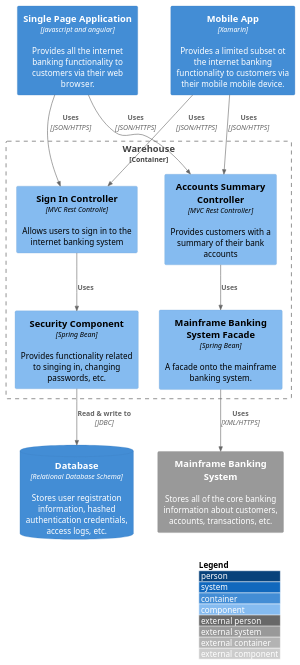
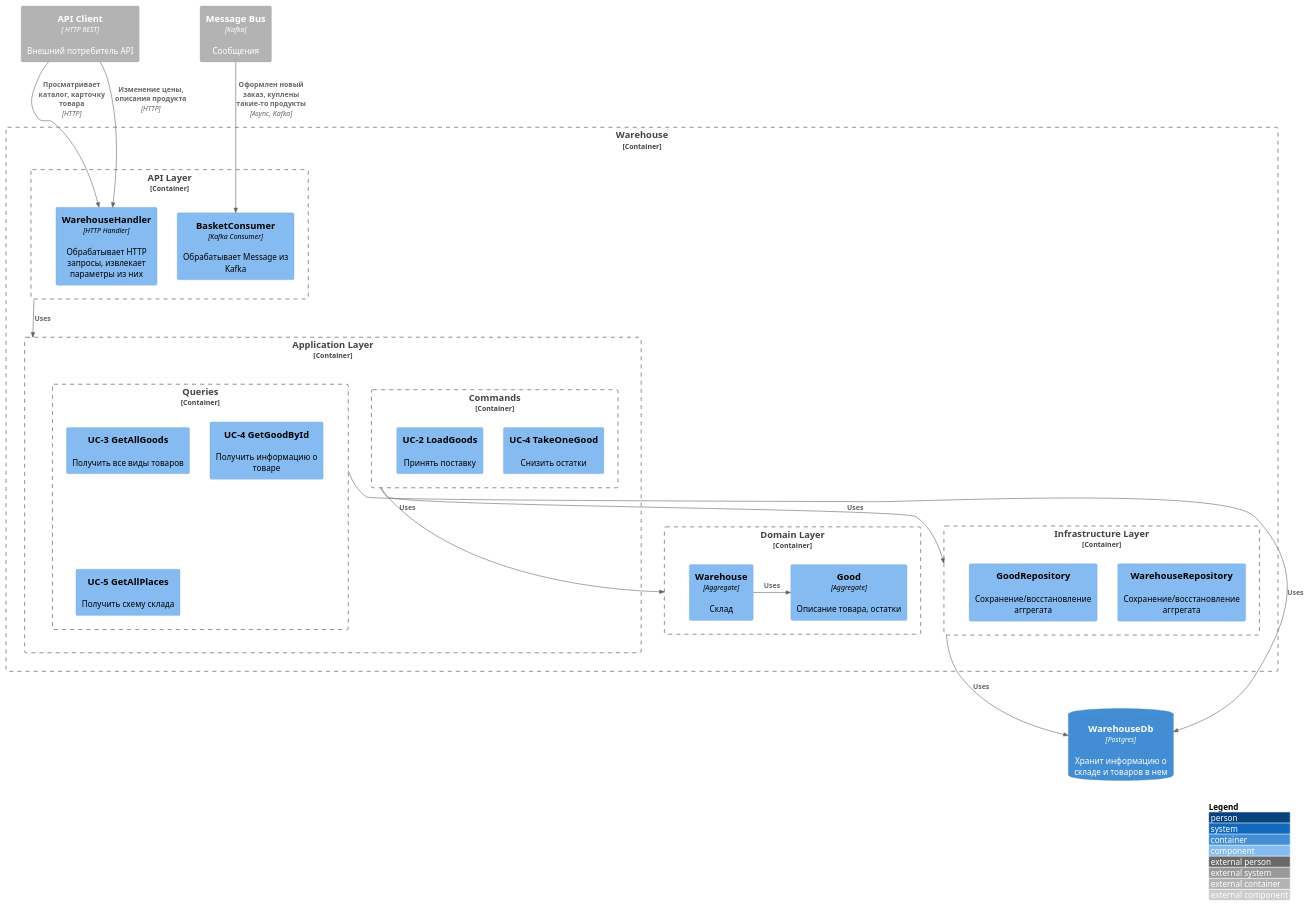
One commit to gerzhan/knigaexpert-system-design changed the second of 5 diagrams in services/warehouse/README.md. Above: the diagram before and after it, drawn with PlantUML. The commit also changed other lines of this file and 5 other files, not shown here.

````diff
--- a/services/warehouse/README.md
+++ b/services/warehouse/README.md
@@ -45,27 +45,58 @@
 ```plantuml
 !include https://raw.githubusercontent.com/plantuml-stdlib/C4-PlantUML/master/C4_Component.puml
 LAYOUT_WITH_LEGEND()
 
-Container(spa, "Single Page Application", "javascript and angular", "Provides all the internet banking functionality to customers via their web browser.")
-Container(ma, "Mobile App", "Xamarin", "Provides a limited subset ot the internet banking functionality to customers via their mobile mobile device.")
-ContainerDb(db, "Database", "Relational Database Schema", "Stores user registration information, hashed authentication credentials, access logs, etc.")
-System_Ext(mbs, "Mainframe Banking System", "Stores all of the core banking information about customers, accounts, transactions, etc.")
+Container_Ext(api_client, "API Client", " HTTP REST", "Внешний потребитель API")
 
-Container_Boundary(boundary, "Warehouse") {
-    Component(sign, "Sign In Controller", "MVC Rest Controlle", "Allows users to sign in to the internet banking system")
-    Component(accounts, "Accounts Summary Controller", "MVC Rest Controller", "Provides customers with a summary of their bank accounts")
-    Component(security, "Security Component", "Spring Bean", "Provides functionality related to singing in, changing passwords, etc.")
-    Component(mbsfacade, "Mainframe Banking System Facade", "Spring Bean", "A facade onto the mainframe banking system.")
+Container_Ext(message_bus, "Message Bus", "Kafka", "Сообщения")
 
-    Rel(sign, security, "Uses")
-    Rel(accounts, mbsfacade, "Uses")
-    Rel(security, db, "Read & write to", "JDBC")
-    Rel(mbsfacade, mbs, "Uses", "XML/HTTPS")
+Container_Boundary(warehouse_service, "Warehouse") {
+    Container_Boundary(api_layer, "API Layer") {
+    Component(warehouse_handler, "WarehouseHandler", "HTTP Handler", "Обрабатывает HTTP запросы, извлекает параметры из них")
+    
+    Component(basket_consumer, "BasketConsumer", "Kafka Consumer", "Обрабатывает Message из Kafka")
+    }
+
+    Container_Boundary(application_layer, "Application Layer") {
+      Container_Boundary(commands, "Commands") {
+        Component(uc4_take_one_good_command, "UC-4 TakeOneGood", "", "Снизить остатки")
+        Component(uc2_load_goods_command, "UC-2 LoadGoods", "", "Принять поставку")
+      }
+
+      Container_Boundary(queries, "Queries") {
+        Component(uc3_get_all_goods_query, "UC-3 GetAllGoods", "", "Получить все виды товаров")
+
+        Component(uc4_get_good_by_id_query, "UC-4 GetGoodById", "", "Получить информацию о товаре")
+
+        Component(uc5_get_all_places_query, "UC-5 GetAllPlaces", "", "Получить схему склада")
+      }
+    }
+
+    Container_Boundary(domain_layer, "Domain Layer") {
+      Component(warehouse_aggregate, "Warehouse", "Aggregate", "Склад")
+      Component(good_aggregate, "Good", "Aggregate", "Описание товара, остатки")
+    }
+
+    Container_Boundary(infrastructure_layer, "Infrastructure Layer") {
+      Component(warehouse_aggregate_repository, "WarehouseRepository", "", "Сохранение/восстановление аггрегата")
+      Component(good_aggregate_repository, "GoodRepository", "", "Сохранение/восстановление аггрегата")
+    }
+
+    Rel(message_bus, basket_consumer, "Оформлен новый заказ, куплены такие-то продукты", "Async, Kafka")
+    
+    Rel(api_client, warehouse_handler, "Просматривает каталог, карточку товара", "HTTP")
+    Rel(api_client, warehouse_handler, "Изменение цены, описания продукта", "HTTP")
+
+    Rel_D(api_layer, application_layer, "Uses")
+    
+    Rel_D(commands, domain_layer, "Uses")
+
+    Rel_R(warehouse_aggregate, good_aggregate, "Uses")
+
+    Rel_D(commands, infrastructure_layer, "Uses")
 }
 
-Rel(spa, sign, "Uses", "JSON/HTTPS")
-Rel(spa, accounts, "Uses", "JSON/HTTPS")
-
-Rel(ma, sign, "Uses", "JSON/HTTPS")
-Rel(ma, accounts, "Uses", "JSON/HTTPS")
+ContainerDb(db, "WarehouseDb", "Postgres", "Хранит информацию о складе и товаров в нем")
+Rel_D(infrastructure_layer, db, "Uses")
+Rel_D(queries, db, "Uses")
 ```
````
